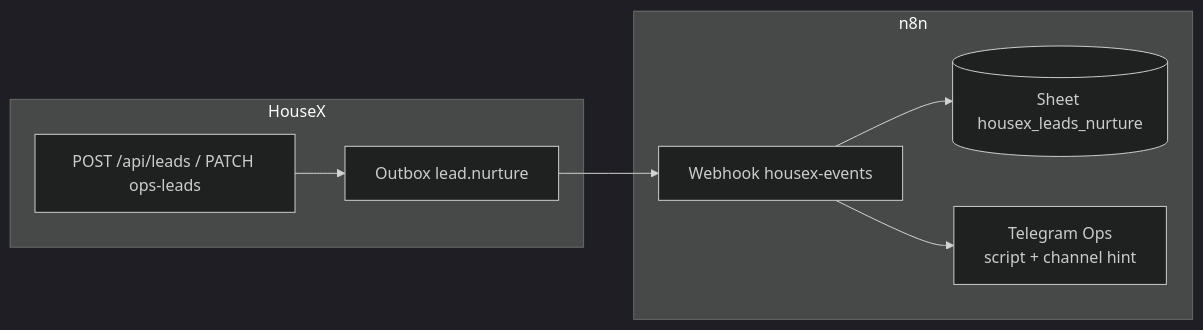
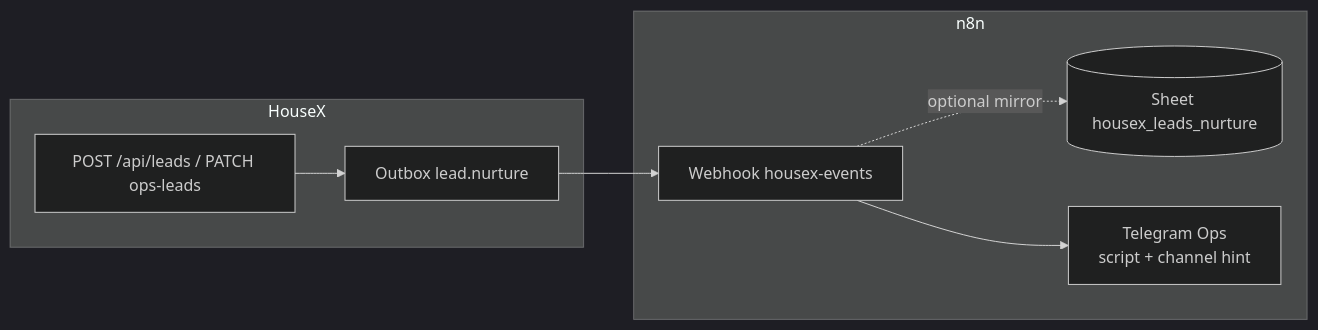
Before and after one commit to VMD-Hub/Magnix-automation: the second of 4 diagrams in n8n-workflows/HOUSEX_NOXH_LEAD_ROUTING.md, drawn with Mermaid (dark theme). The commit also changed other lines of this file and 83 other files, not shown here.

````diff
--- a/n8n-workflows/HOUSEX_NOXH_LEAD_ROUTING.md
+++ b/n8n-workflows/HOUSEX_NOXH_LEAD_ROUTING.md
@@ -88,11 +96,11 @@
 ```mermaid
 flowchart LR
   subgraph HouseX
     L[POST /api/leads / PATCH ops-leads] --> OB[Outbox lead.nurture]
   end
   subgraph n8n
     OB --> WH[Webhook housex-events]
-    WH --> NUR[(Sheet housex_leads_nurture)]
+    WH -. optional mirror .-> NUR[(Sheet housex_leads_nurture)]
     WH --> TG[Telegram Ops\nscript + channel hint]
   end
 ```
````
